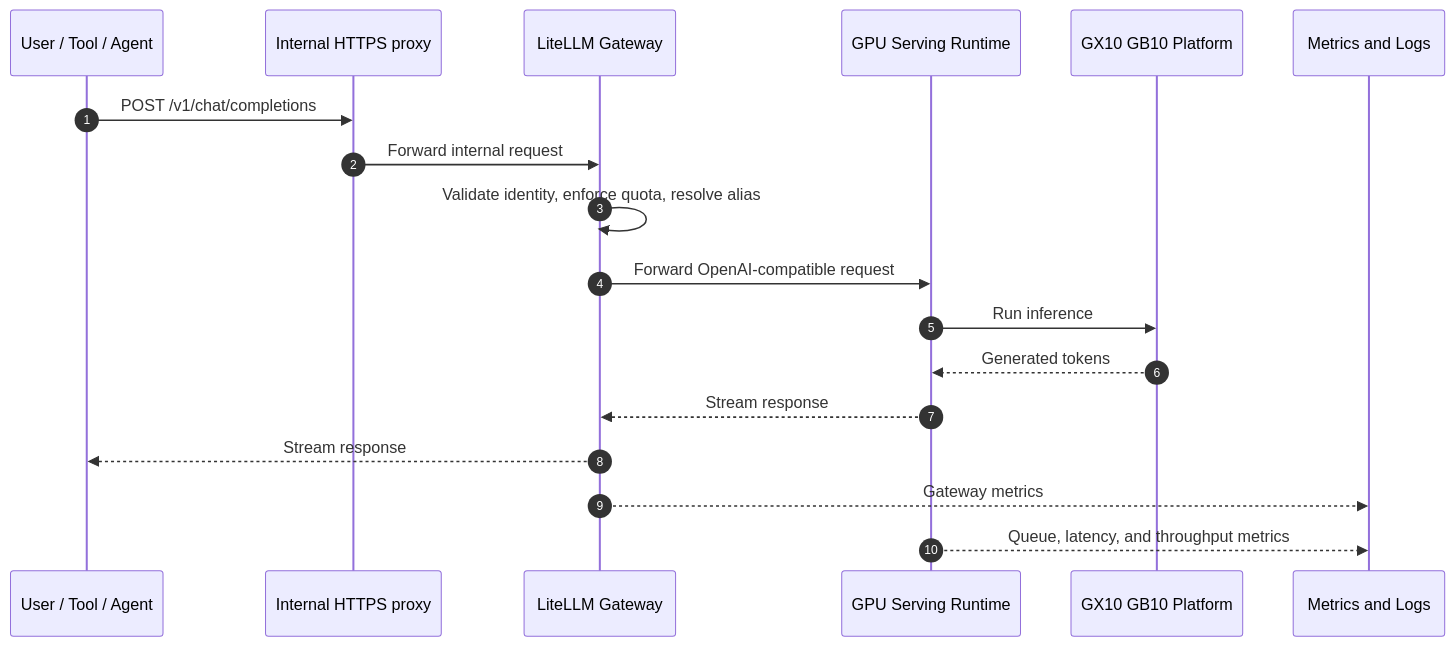
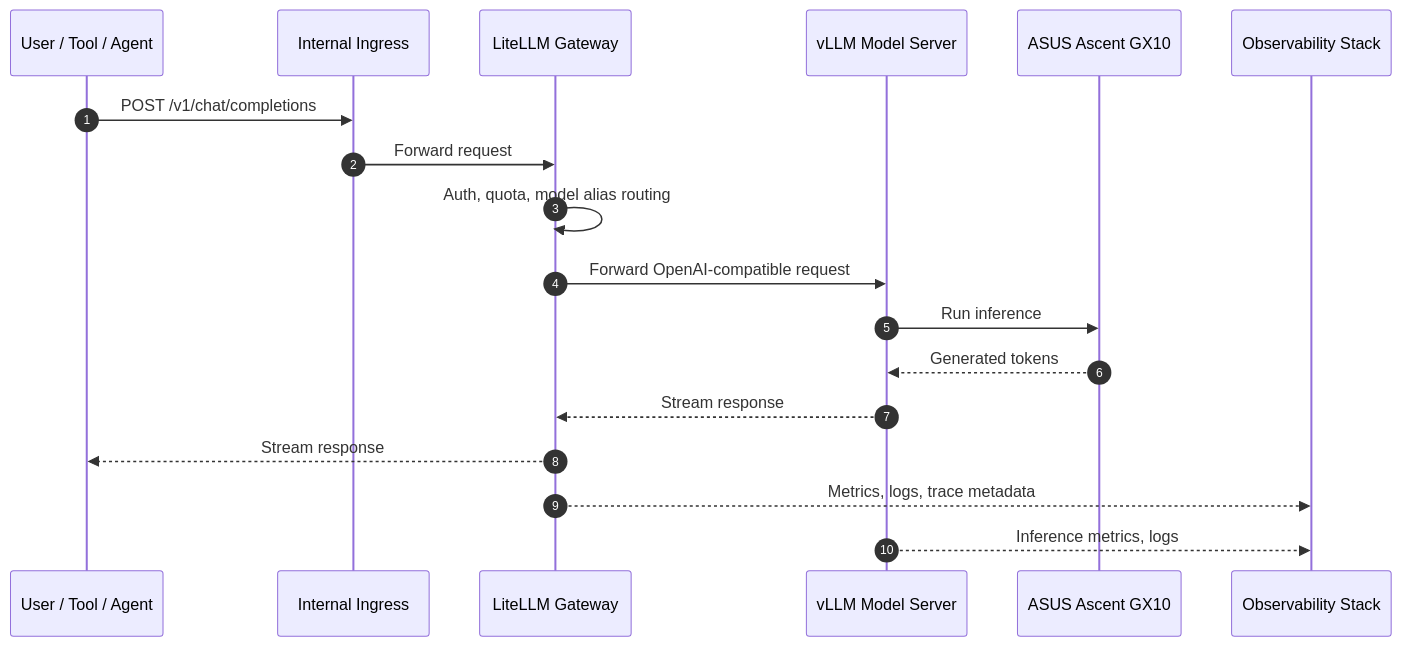
The first of 2 diagrams in docs/architecture.md (CopyPasteFail/llm-on-prem), drawn with Mermaid before and after one commit. The commit also changed other lines of this file, not shown here.

Commit message:
Update architecture for GX10 and existing GitLab

````diff
--- a/docs/architecture.md
+++ b/docs/architecture.md
@@ -22,21 +19,21 @@
 ```mermaid
 sequenceDiagram
     autonumber
-    participant Client as User / Tool / Agent
-    participant Proxy as Internal HTTPS proxy
+    participant User as User / Tool / Agent
+    participant Ingress as Internal Ingress
     participant Gateway as LiteLLM Gateway
-    participant Runtime as GPU Serving Runtime
-    participant GX10 as GX10 GB10 Platform
-    participant Obs as Metrics and Logs
+    participant VLLM as vLLM Model Server
+    participant GX10 as ASUS Ascent GX10
+    participant Obs as Observability Stack
 
-    Client->>Proxy: POST /v1/chat/completions
-    Proxy->>Gateway: Forward internal request
-    Gateway->>Gateway: Validate identity, enforce quota, resolve alias
-    Gateway->>Runtime: Forward OpenAI-compatible request
-    Runtime->>GX10: Run inference
-    GX10-->>Runtime: Generated tokens
-    Runtime-->>Gateway: Stream response
-    Gateway-->>Client: Stream response
-    Gateway-->>Obs: Gateway metrics
-    Runtime-->>Obs: Queue, latency, and throughput metrics
+    User->>Ingress: POST /v1/chat/completions
+    Ingress->>Gateway: Forward request
+    Gateway->>Gateway: Auth, quota, model alias routing
+    Gateway->>VLLM: Forward OpenAI-compatible request
+    VLLM->>GX10: Run inference
+    GX10-->>VLLM: Generated tokens
+    VLLM-->>Gateway: Stream response
+    Gateway-->>User: Stream response
+    Gateway-->>Obs: Metrics, logs, trace metadata
+    VLLM-->>Obs: Inference metrics, logs
 ```
````
